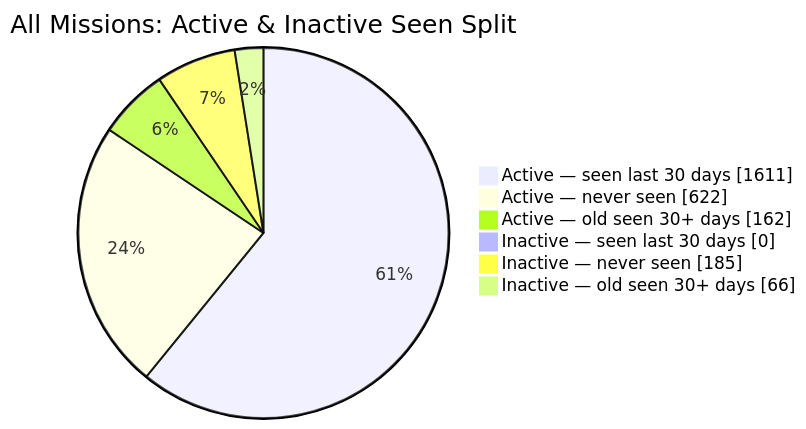
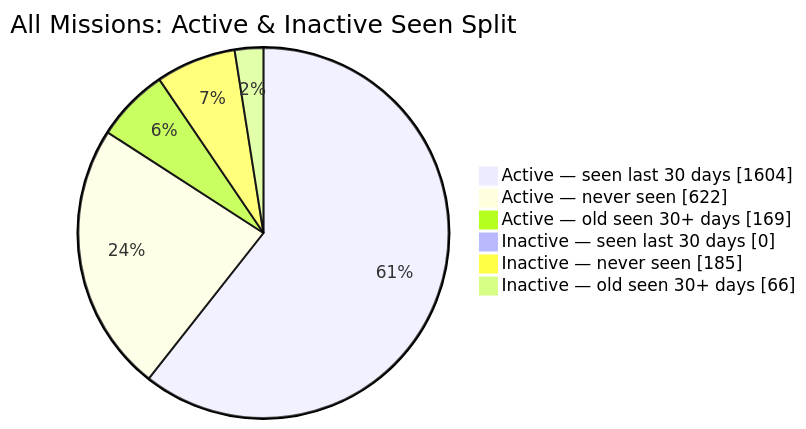
One commit to MeldkamerspelGameTeam/active-missions changed the second of 2 diagrams in README.md. Above: the diagram before and after it, drawn with Mermaid. The commit also changed other lines of this file and 3 other files, not shown here.

````diff
--- a/README.md
+++ b/README.md
@@ -44,10 +44,10 @@
 ```mermaid
 pie showData
     title All Missions: Active & Inactive Seen Split
-    "Active — seen last 30 days" : 1611
+    "Active — seen last 30 days" : 1604
     "Active — never seen" : 622
-    "Active — old seen 30+ days" : 162
+    "Active — old seen 30+ days" : 169
     "Inactive — seen last 30 days" : 0
     "Inactive — never seen" : 185
     "Inactive — old seen 30+ days" : 66
 ```
````
